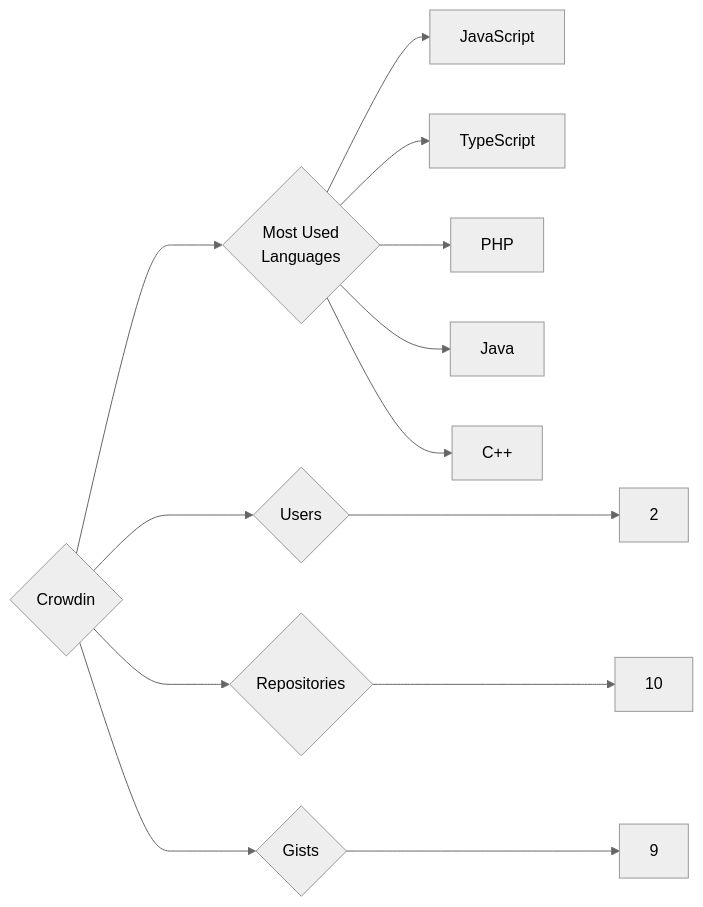
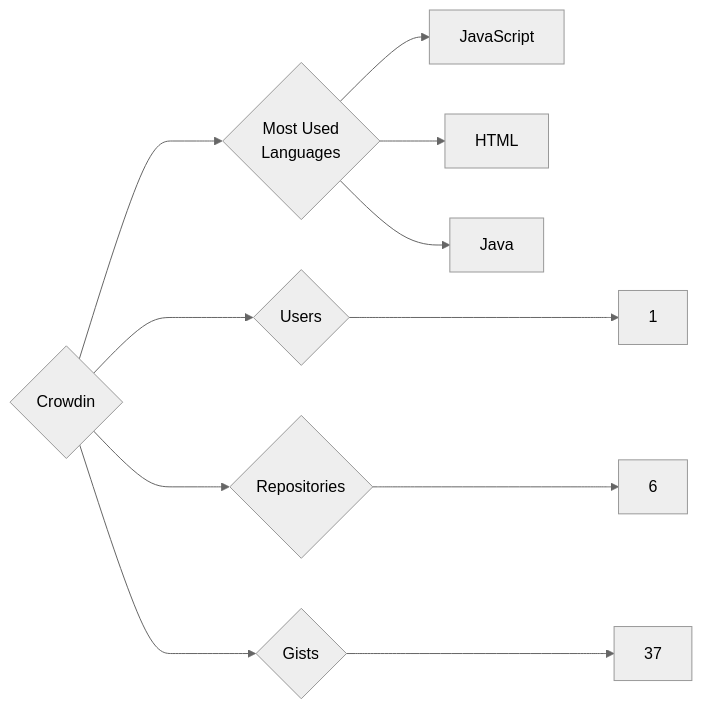
One commit to trickest/insiders changed the diagram in targets/Crowdin/README.md. Above: the diagram before and after it, drawn with Mermaid (neutral theme). The commit also changed 965 other files, not shown here.

````diff
--- a/targets/Crowdin/README.md
+++ b/targets/Crowdin/README.md
@@ -3,13 +3,11 @@
 ```mermaid
 graph LR
 COMPANY_NAME{Crowdin}
-COMPANY_NAME ---> U{Users} ---> UN[2]
-COMPANY_NAME ---> R{Repositories} ---> RN[10]
-COMPANY_NAME ---> G{Gists} ---> GN[9]
+COMPANY_NAME ---> U{Users} ---> UN[1]
+COMPANY_NAME ---> R{Repositories} ---> RN[6]
+COMPANY_NAME ---> G{Gists} ---> GN[37]
 COMPANY_NAME ---> ML{Most Used<br>Languages}
 ML --> JavaScript[JavaScript]
-ML --> TypeScript[TypeScript]
-ML --> PHP[PHP]
+ML --> HTML[HTML]
 ML --> Java[Java]
-ML --> C++[C++]
 ```
````
